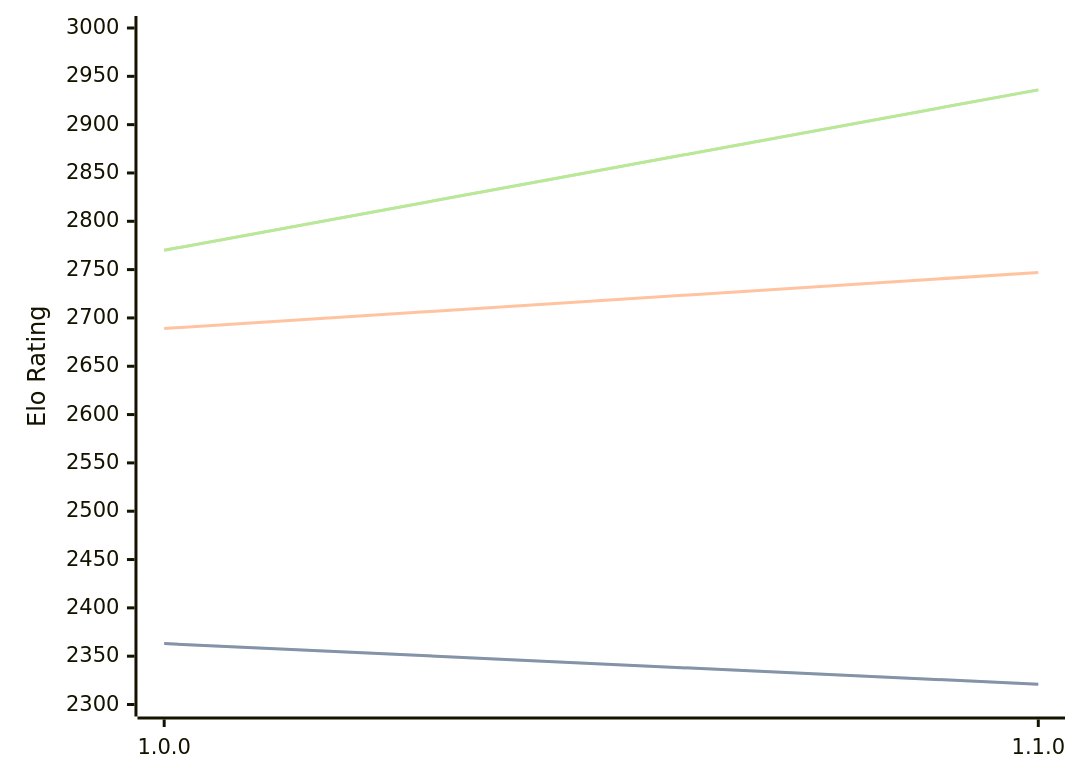
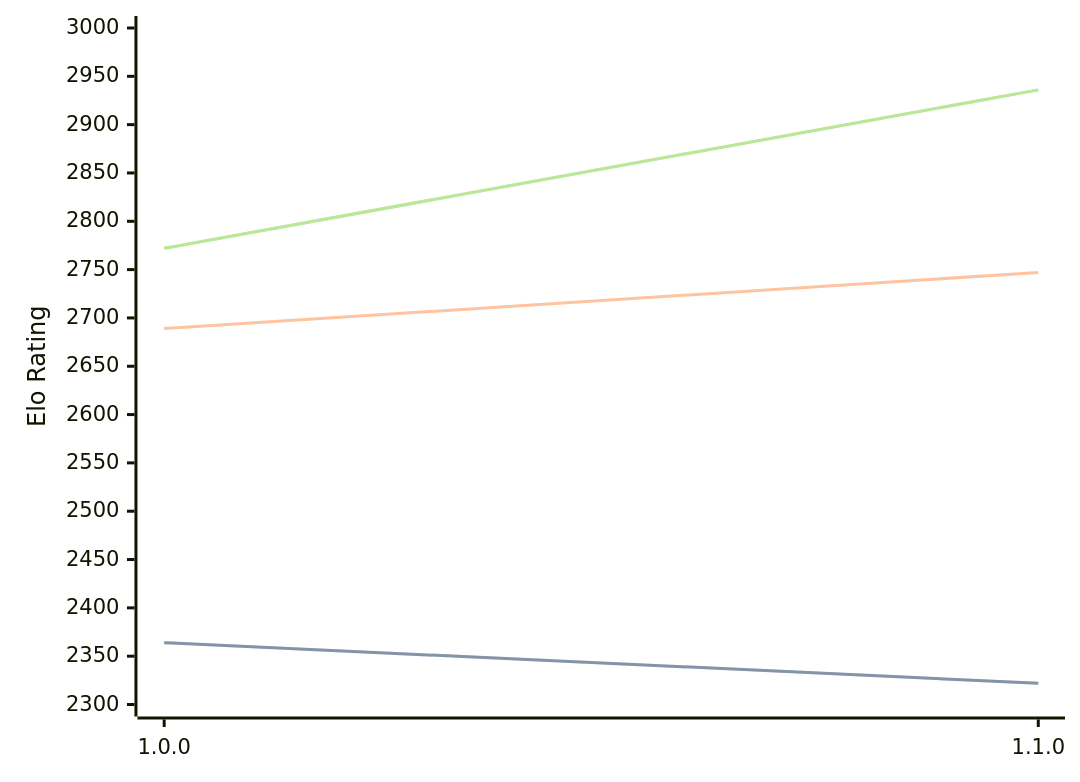
Before and after one commit to computer-chess-index/cci: the diagram in engines/ShallowGuess.md, drawn with Mermaid. The commit also changed other lines of this file, not shown here.

Commit message:
Update CCI Ratings (ELO VLTC) - 2026-03-27

````diff
--- a/engines/ShallowGuess.md
+++ b/engines/ShallowGuess.md
@@ -36,11 +36,11 @@
 ```mermaid
 %%{init: {"theme":"base","themeVariables":{"seriesColors:['#a3a3a3','#222221','#faa371']}}}%%
 xychart-beta
   x-axis ["1.0.0", "1.1.0"]
   y-axis "Elo Rating" 2300 --> 3000
-  line "STC (8.0+0.08s)" [2363, 2321]
-  line "STC (8.0+0.08s)" [2363, 2321]
+  line "STC (8.0+0.08s)" [2364, 2322]
+  line "STC (8.0+0.08s)" [2364, 2322]
   line "LTC (60.0+0.60s)" [2689, 2747]
-  line "VLTC (2m24s+1.12s)" [2770, 2936]
-  line "VLTC (2m24s+1.12s)" [2770, 2936]
+  line "VLTC (2m24s+1.12s)" [2772, 2936]
+  line "VLTC (2m24s+1.12s)" [2772, 2936]
 ```
````
